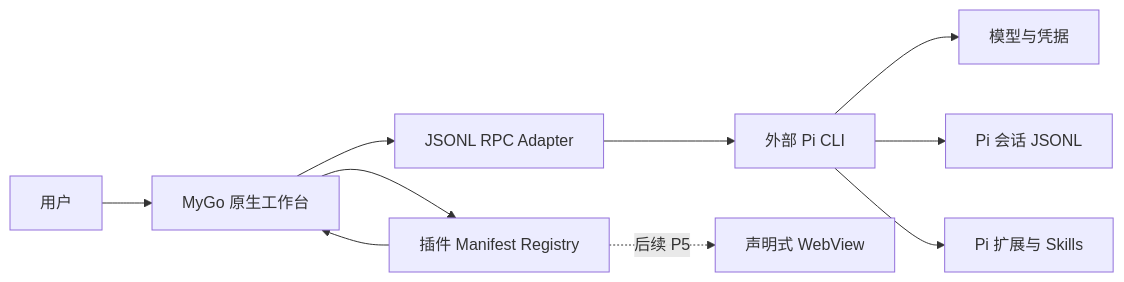
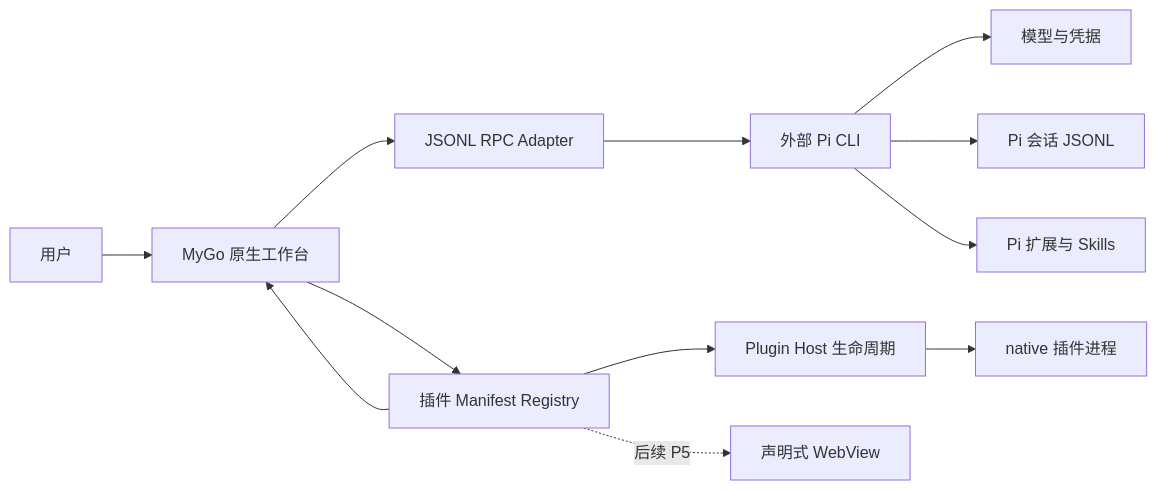
The diagram in README.md (lexleizou/byop), drawn with Mermaid before and after one commit. The commit also changed other lines of this file and 14 other files, not shown here.

Commit message:
feat: add native plugin lifecycle and command activation

````diff
--- a/README.md
+++ b/README.md
@@ -54,12 +57,14 @@
 ```mermaid
 flowchart LR
     U[用户] --> UI[MyGo 原生工作台]
     UI --> RPC[JSONL RPC Adapter]
     RPC --> P[外部 Pi CLI]
     P --> M[模型与凭据]
     P --> S[Pi 会话 JSONL]
     P --> X[Pi 扩展与 Skills]
     UI --> G[插件 Manifest Registry]
     G --> UI
+    G --> H[Plugin Host 生命周期]
+    H --> N[native 插件进程]
     G -. 后续 P5 .-> W[声明式 WebView]
 ```
````
